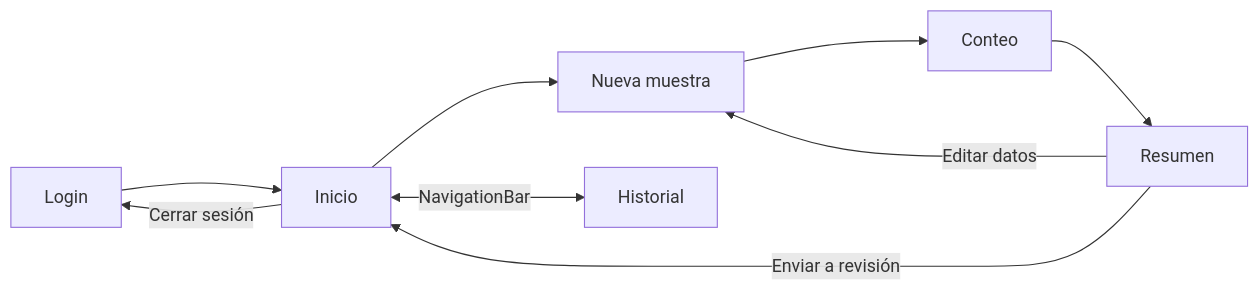
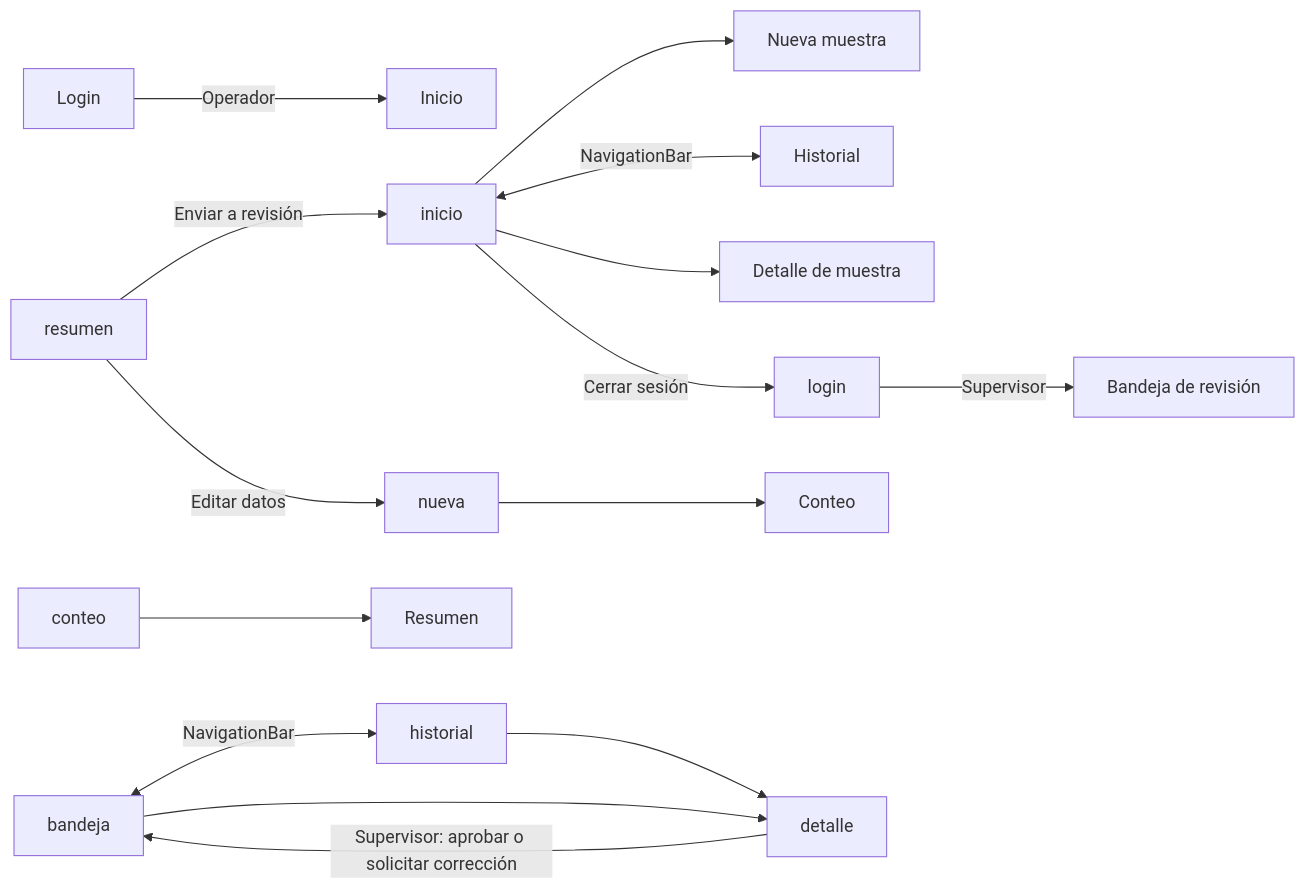
Before and after one commit to Catal2s/AquaSample-DSY1105: the first of 2 diagrams in README.md, drawn with Mermaid. The commit also changed other lines of this file, not shown here.

Commit message:
docs: actualiza README con Room, supervisor, CSV y planificación

````diff
--- a/README.md
+++ b/README.md
@@ -104,11 +156,17 @@
 ```mermaid
 flowchart LR
-    login["Login"] --> inicio["Inicio"]
-    inicio --> nueva["Nueva muestra"]
-    nueva --> conteo["Conteo"]
-    conteo --> resumen["Resumen"]
+    login\["Login"] -->|Operador| inicio\["Inicio"]
+    login -->|Supervisor| bandeja\["Bandeja de revisión"]
+    inicio --> nueva\["Nueva muestra"]
+    nueva --> conteo\["Conteo"]
+    conteo --> resumen\["Resumen"]
     resumen -->|"Enviar a revisión"| inicio
     resumen -->|"Editar datos"| nueva
-    inicio <-->|"NavigationBar"| historial["Historial"]
+    inicio <-->|"NavigationBar"| historial\["Historial"]
+    bandeja <-->|"NavigationBar"| historial
+    inicio --> detalle\["Detalle de muestra"]
+    historial --> detalle
+    bandeja --> detalle
+    detalle -->|"Supervisor: aprobar o solicitar corrección"| bandeja
     inicio -->|"Cerrar sesión"| login
 ```
````
